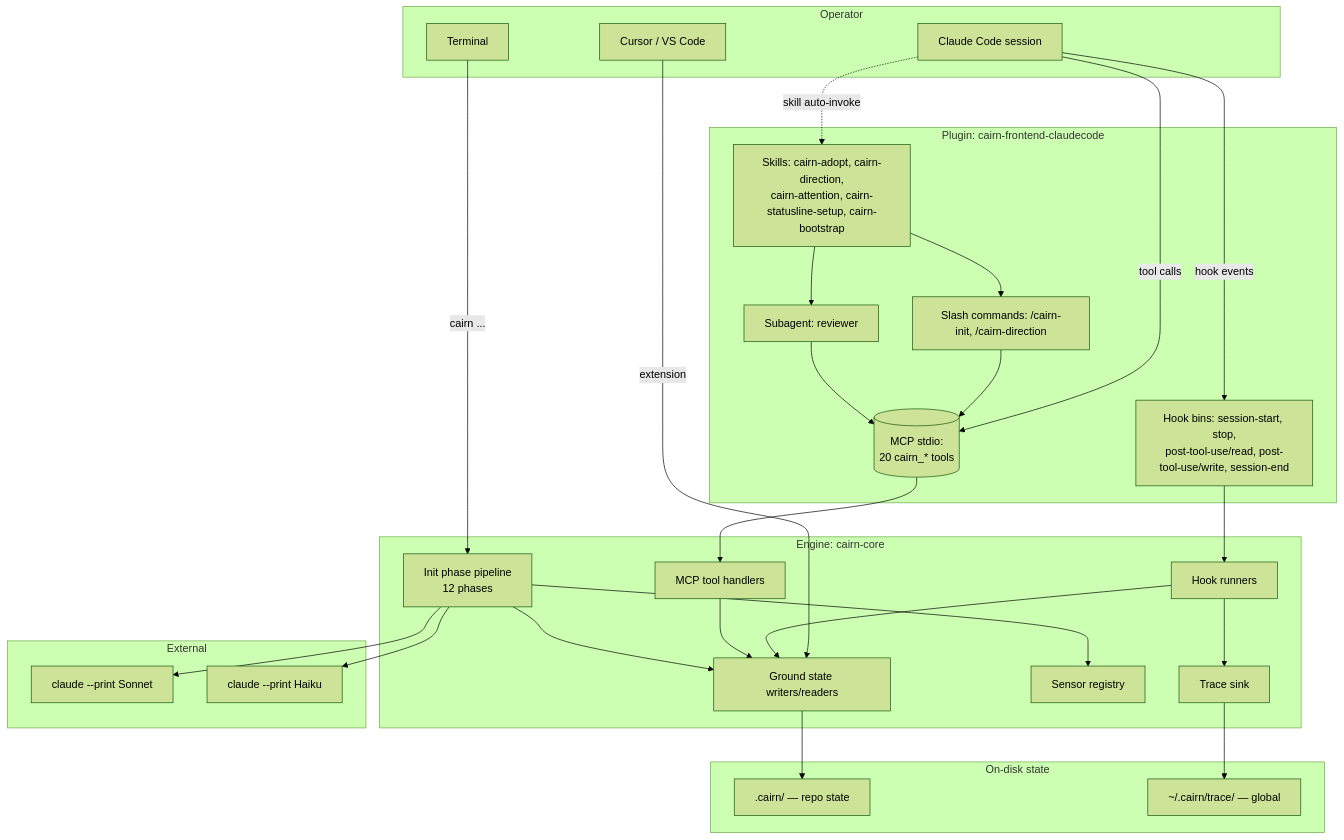
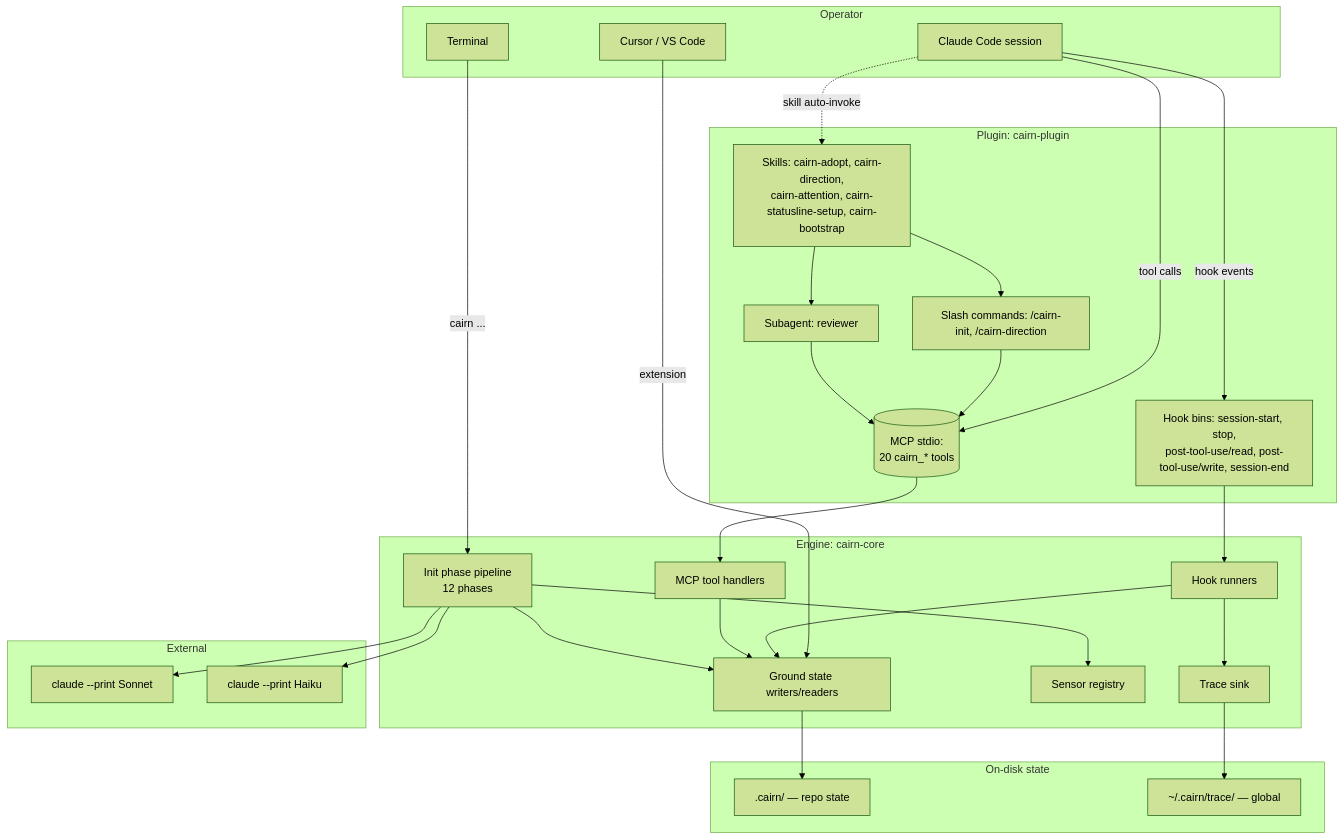
The first of 3 diagrams in docs/SYSTEM_OVERVIEW.md (isaacriehm/cairn), drawn with Mermaid (forest theme) before and after one commit. The commit also changed other lines of this file and 114 other files, not shown here.

````diff
--- a/docs/SYSTEM_OVERVIEW.md
+++ b/docs/SYSTEM_OVERVIEW.md
@@ -36,56 +36,56 @@
 ```mermaid
 graph TB
   subgraph Operator
     CC[Claude Code session]
     Editor[Cursor / VS Code]
     Term[Terminal]
   end
 
-  subgraph "Plugin: cairn-frontend-claudecode"
+  subgraph "Plugin: cairn-plugin"
     Skills[Skills: cairn-adopt, cairn-direction,<br/>cairn-attention, cairn-statusline-setup, cairn-bootstrap]
     Cmds[Slash commands: /cairn-init, /cairn-direction]
     Agent[Subagent: reviewer]
     HookBins[Hook bins: session-start, stop,<br/>post-tool-use/read, post-tool-use/write, session-end]
     MCP[(MCP stdio:<br/>20 cairn_* tools)]
   end
 
   subgraph "Engine: cairn-core"
     Runners[Hook runners]
     Tools[MCP tool handlers]
     Init[Init phase pipeline<br/>12 phases]
     Ground[Ground state writers/readers]
     Sensors[Sensor registry]
     Trace[Trace sink]
   end
 
   subgraph "On-disk state"
     Cairn[".cairn/ — repo state"]
     Local["~/.cairn/trace/ — global"]
   end
 
   subgraph "External"
     Sonnet[claude --print Sonnet]
     Haiku[claude --print Haiku]
   end
 
   CC -->|hook events| HookBins
   CC -->|tool calls| MCP
   CC -.skill auto-invoke.-> Skills
   Term -->|cairn ...| Init
   Editor -->|extension| Ground
   Skills --> Cmds
   Skills --> Agent
   HookBins --> Runners
   MCP --> Tools
   Cmds --> MCP
   Agent --> MCP
   Runners --> Ground
   Runners --> Trace
   Tools --> Ground
   Init --> Ground
   Init --> Sensors
   Init --> Sonnet
   Init --> Haiku
   Ground --> Cairn
   Trace --> Local
 ```
````
